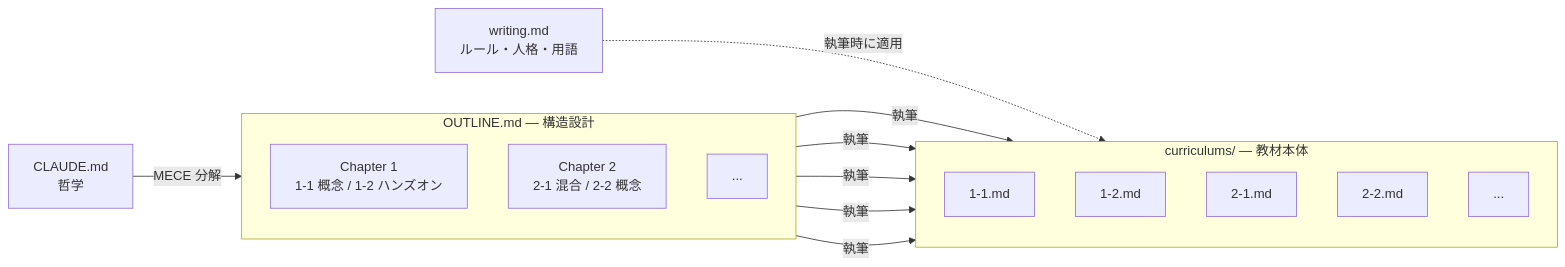
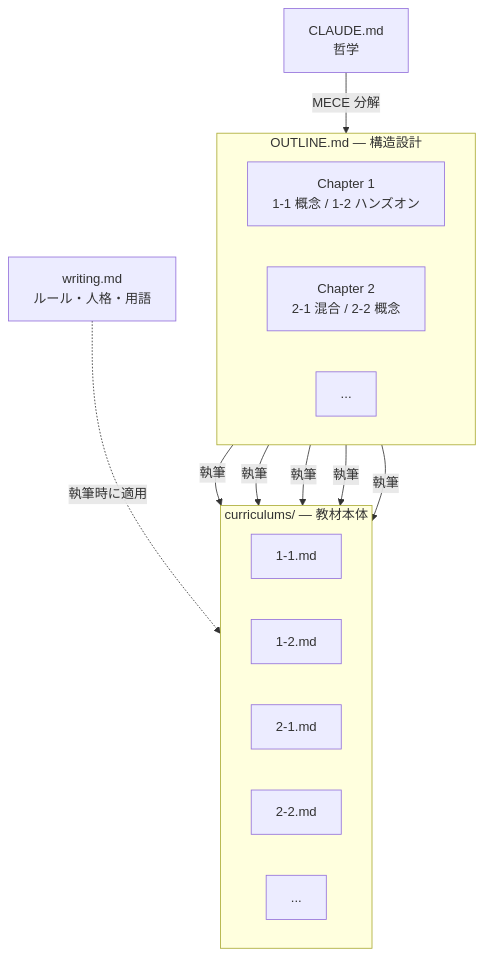
One commit to yotaro0616/curriculum-writer changed the first of 4 diagrams in README.md. Above: the diagram before and after it, drawn with Mermaid.

Commit message:
設計思想図を上→下レイアウトに戻す
全体をTD、subgraph内をLRに設定し、
上から下へのピラミッド展開を維持。

````diff
--- a/README.md
+++ b/README.md
@@ -29,27 +29,27 @@
 ```mermaid
-flowchart LR
+flowchart TD
     A["CLAUDE.md\n哲学"]
 
     subgraph outline["OUTLINE.md — 構造設計"]
-        direction TB
+        direction LR
         B1["Chapter 1\n1-1 概念 / 1-2 ハンズオン"]
         B2["Chapter 2\n2-1 混合 / 2-2 概念"]
         B3["..."]
     end
 
     subgraph curr["curriculums/ — 教材本体"]
-        direction TB
+        direction LR
         C1["1-1.md"]
         C2["1-2.md"]
         C3["2-1.md"]
         C4["2-2.md"]
         C5["..."]
     end
 
     A -->|MECE 分解| outline
     B1 -->|執筆| C1 & C2
     B2 -->|執筆| C3 & C4
     B3 -->|執筆| C5
 
     W["writing.md\nルール・人格・用語"] -.->|執筆時に適用| curr
 ```
````
